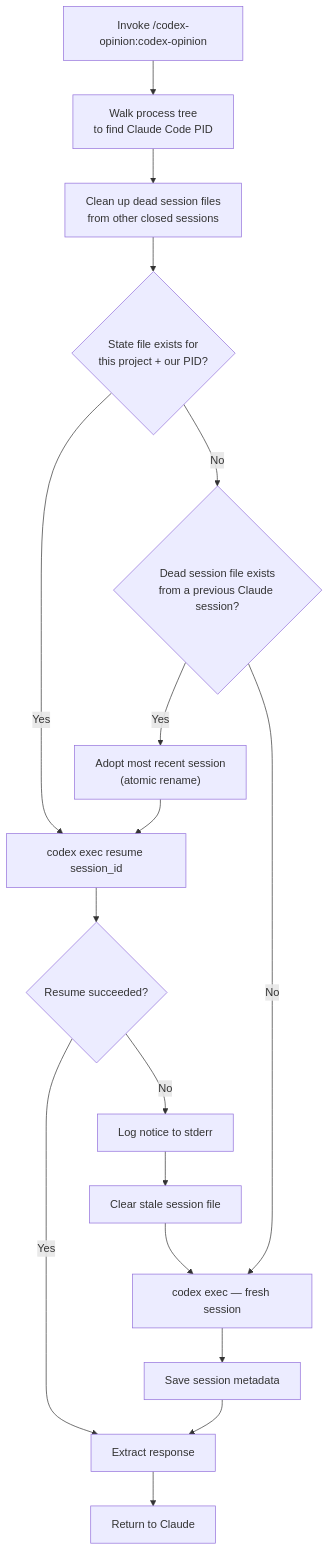
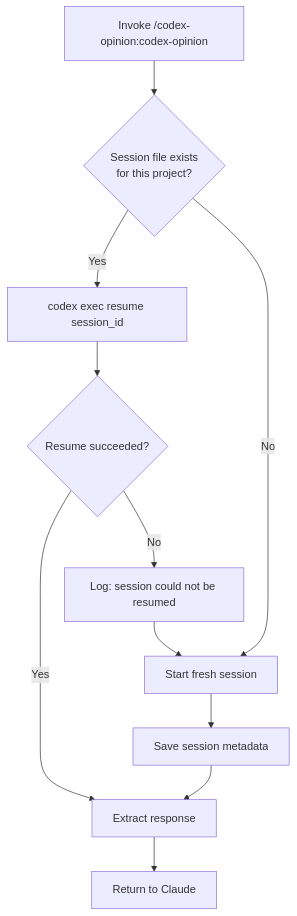
One commit to ehzawad/codex-opinion changed the second of 3 diagrams in README.md. Above: the diagram before and after it, drawn with Mermaid. The commit also changed other lines of this file and 3 other files, not shown here.

First line of the commit message:
simplify session management to one file per project

````diff
--- a/README.md
+++ b/README.md
@@ -81,19 +74,13 @@
 ```mermaid
 flowchart TD
-    A[Invoke /codex-opinion:codex-opinion] --> B[Walk process tree<br/>to find Claude Code PID]
-    B --> C[Clean up dead session files<br/>from other closed sessions]
-    C --> D{State file exists for<br/>this project + our PID?}
-    D -- Yes --> E[codex exec resume session_id]
-    D -- No --> F{Dead session file exists<br/>from a previous Claude session?}
-    F -- Yes --> G["Adopt most recent session<br/>(atomic rename)"]
-    G --> E
-    F -- No --> H[codex exec — fresh session]
-    E --> I{Resume succeeded?}
-    I -- Yes --> J[Extract response]
-    I -- No --> K["Log notice to stderr"]
-    K --> L[Clear stale session file]
-    L --> H
-    H --> M[Save session metadata]
-    M --> J
-    J --> N[Return to Claude]
+    A[Invoke /codex-opinion:codex-opinion] --> B{Session file exists<br/>for this project?}
+    B -- Yes --> C[codex exec resume session_id]
+    C --> D{Resume succeeded?}
+    D -- Yes --> E[Extract response]
+    D -- No --> F["Log: session could not be resumed"]
+    F --> G[Start fresh session]
+    B -- No --> G
+    G --> H[Save session metadata]
+    H --> E
+    E --> I[Return to Claude]
 ```
````
